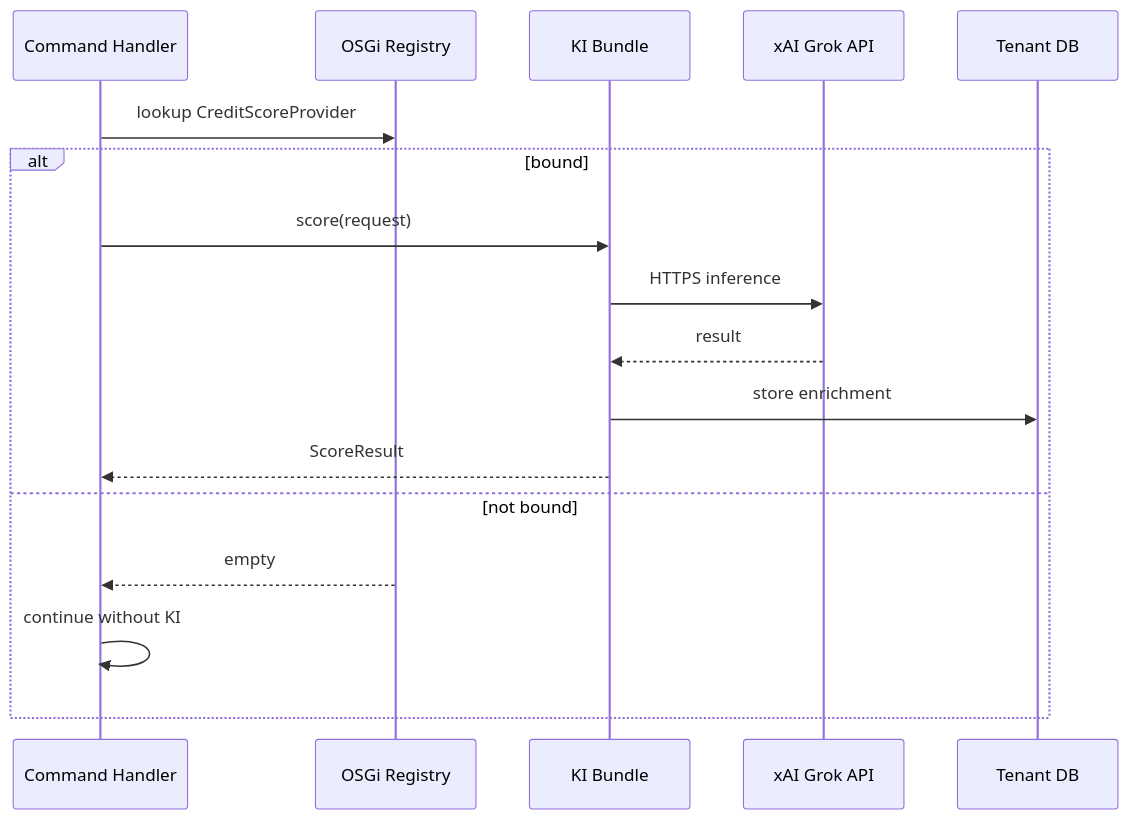
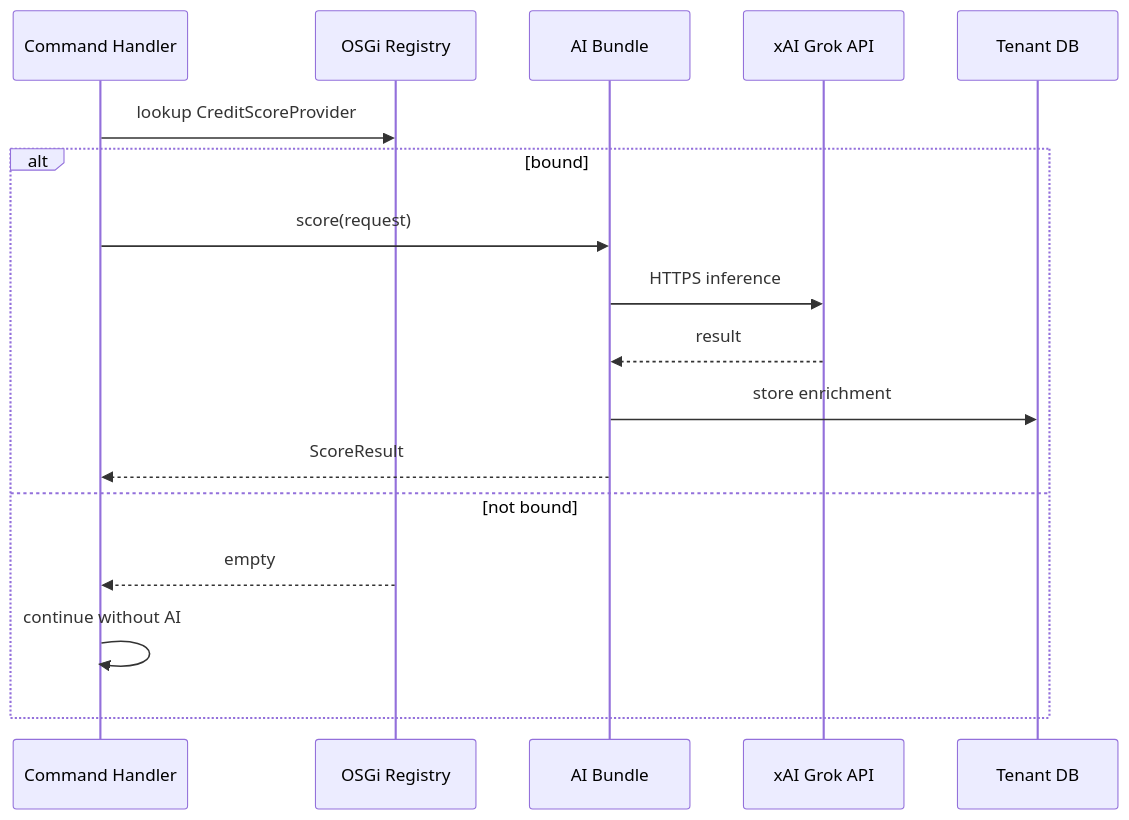
The seventh of 11 diagrams in docs/arc42/06_crosscutting_concepts.md (RainerMaxWallscheid/fineract-osgi), drawn with Mermaid before and after one commit. The commit also changed other lines of this file and 38 other files, not shown here.

````diff
--- a/docs/arc42/06_crosscutting_concepts.md
+++ b/docs/arc42/06_crosscutting_concepts.md
@@ -376,20 +376,20 @@
 ```mermaid
 sequenceDiagram
     participant Cmd as Command Handler
     participant Reg as OSGi Registry
-    participant KI as KI Bundle
+    participant KI as AI Bundle
     participant API as xAI Grok API
     participant DB as Tenant DB
 
     Cmd->>Reg: lookup CreditScoreProvider
     alt bound
         Cmd->>KI: score(request)
         KI->>API: HTTPS inference
         API-->>KI: result
         KI->>DB: store enrichment
         KI-->>Cmd: ScoreResult
     else not bound
         Reg-->>Cmd: empty
-        Cmd->>Cmd: continue without KI
+        Cmd->>Cmd: continue without AI
     end
 ```
````
